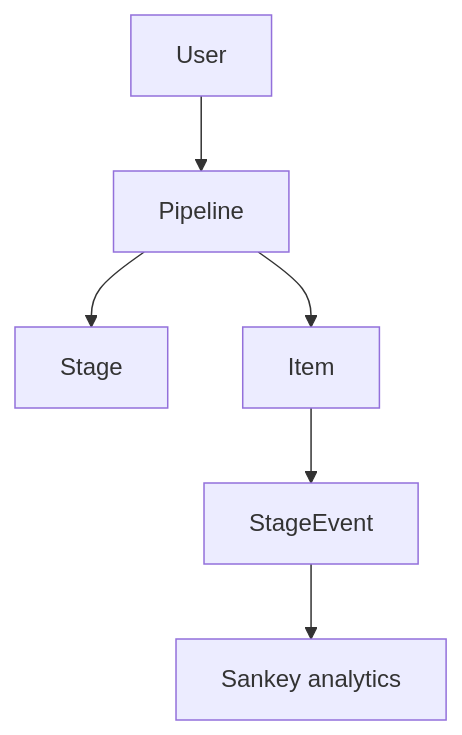
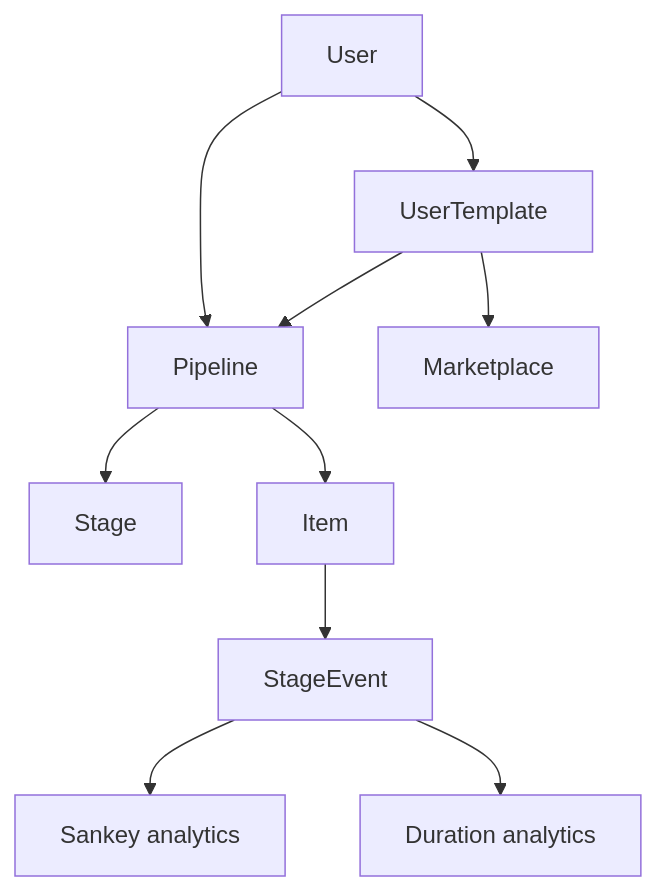
The diagram in docs/ARCHITECTURE.md (zainalhassan/waypoint), drawn with Mermaid before and after one commit. The commit also changed other lines of this file and 53 other files, not shown here.

First line of the commit message:
Complete Waypoint roadmap: tracking UX, analytics, and hardening.

````diff
--- a/docs/ARCHITECTURE.md
+++ b/docs/ARCHITECTURE.md
@@ -7,8 +9,12 @@
 ```mermaid
 flowchart TB
   User --> Pipeline
+  User --> UserTemplate
+  UserTemplate --> Marketplace
+  UserTemplate --> Pipeline
   Pipeline --> Stage
   Pipeline --> Item
   Item --> StageEvent
   StageEvent --> Sankey[Sankey analytics]
+  StageEvent --> Durations[Duration analytics]
 ```
````
